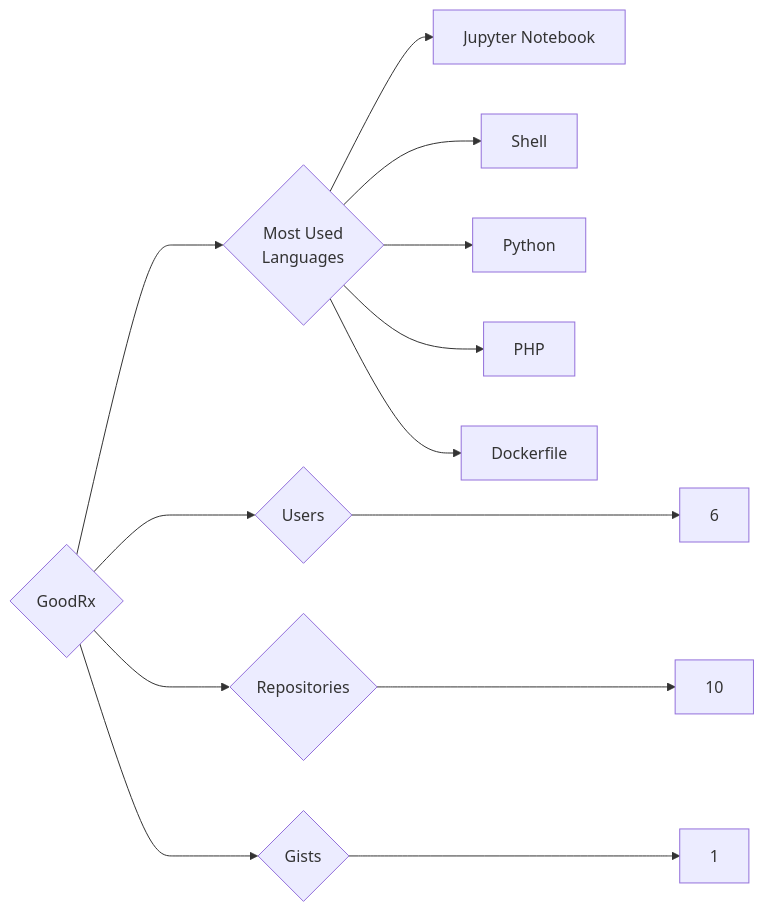
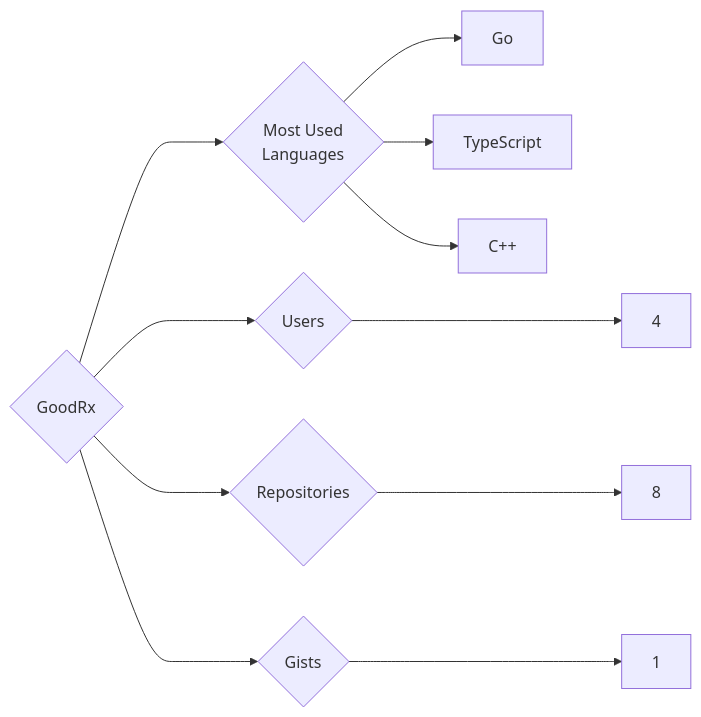
One commit to trickest/insiders changed the diagram in targets/GoodRx/README.md. Above: the diagram before and after it, drawn with Mermaid. The commit also changed 1084 other files, not shown here.

````diff
--- a/targets/GoodRx/README.md
+++ b/targets/GoodRx/README.md
@@ -3,13 +3,11 @@
 ```mermaid
 graph LR
 COMPANY_NAME{GoodRx}
-COMPANY_NAME ---> U{Users} ---> UN[6]
-COMPANY_NAME ---> R{Repositories} ---> RN[10]
+COMPANY_NAME ---> U{Users} ---> UN[4]
+COMPANY_NAME ---> R{Repositories} ---> RN[8]
 COMPANY_NAME ---> G{Gists} ---> GN[1]
 COMPANY_NAME ---> ML{Most Used<br>Languages}
-ML --> Jupyter_Notebook[Jupyter Notebook]
-ML --> Shell[Shell]
-ML --> Python[Python]
-ML --> PHP[PHP]
-ML --> Dockerfile[Dockerfile]
+ML --> Go[Go]
+ML --> TypeScript[TypeScript]
+ML --> C++[C++]
 ```
````
